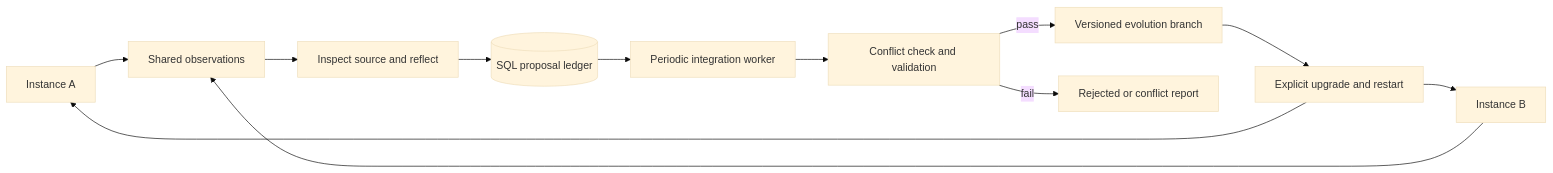
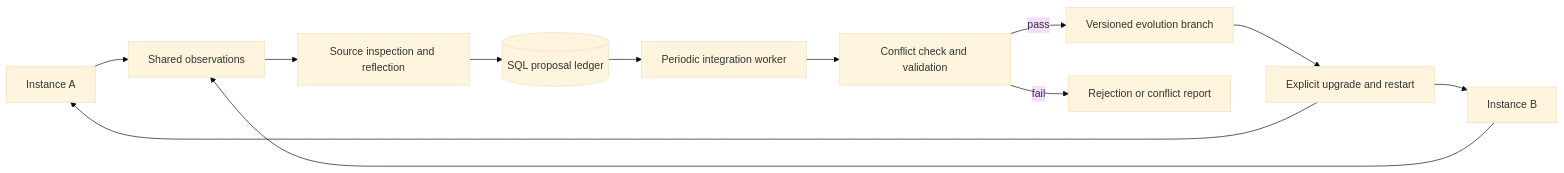
The diagram in README.md (wangtaotaotao95/evomesh), drawn with Mermaid (base theme) before and after one commit. The commit also changed other lines of this file and 34 other files, not shown here.

````diff
--- a/README.md
+++ b/README.md
@@ -70,14 +120,14 @@
 ```mermaid
 flowchart LR
     A[Instance A] --> O[Shared observations]
     B[Instance B] --> O
-    O --> R[Inspect source and reflect]
+    O --> R[Source inspection and reflection]
     R --> P[(SQL proposal ledger)]
     P --> W[Periodic integration worker]
     W --> V[Conflict check and validation]
     V -->|pass| G[Versioned evolution branch]
-    V -->|fail| F[Rejected or conflict report]
+    V -->|fail| F[Rejection or conflict report]
     G --> U[Explicit upgrade and restart]
     U --> A
     U --> B
 ```
````
